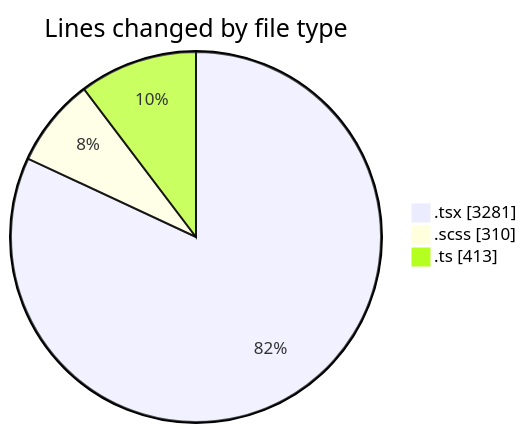
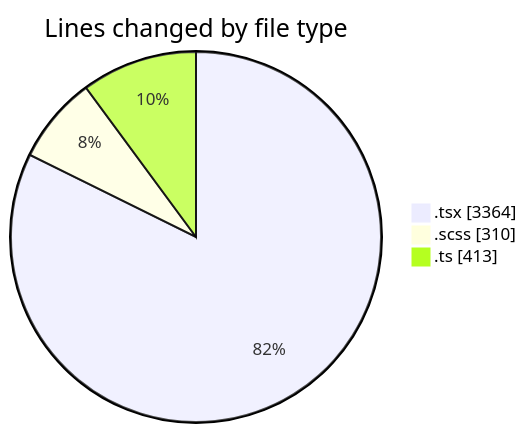
Before and after one commit to momahboobian/code-tracking: the first of 2 diagrams in 2026-05-01/cda/README.md, drawn with Mermaid. The commit also changed other lines of this file and 1 other file, not shown here.

````diff
--- a/2026-05-01/cda/README.md
+++ b/2026-05-01/cda/README.md
@@ -62,7 +62,7 @@
 ```mermaid
 pie showData
 title Lines changed by file type
-".tsx" : 3281
+".tsx" : 3364
 ".scss" : 310
 ".ts" : 413
 ```
````
